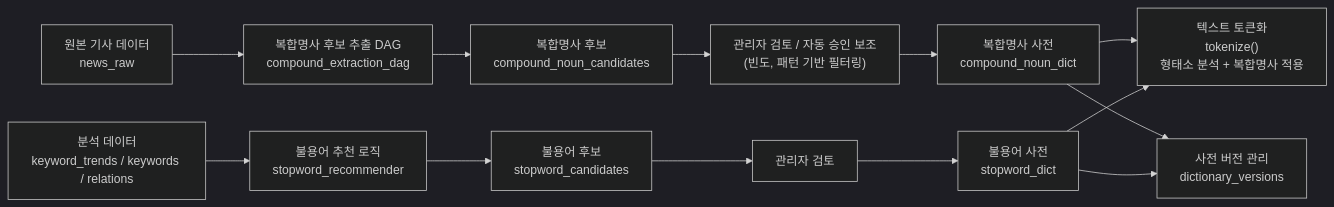
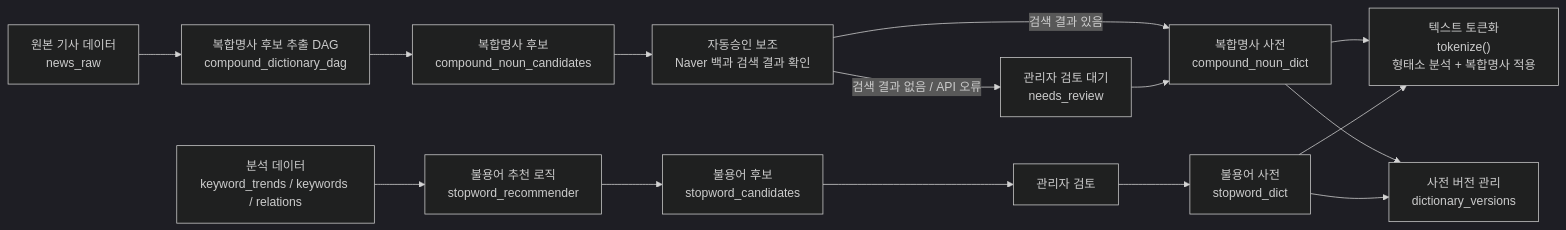
One commit to yeongmin-yu/news-trend-pipeline-dev changed the diagram in docs/design/STEP2-3_DICTIONARY.md. Above: the diagram before and after it, drawn with Mermaid (dark theme). The commit also changed other lines of this file, not shown here.

Commit message:
docs: clarify compound auto approval assist criteria

````diff
--- a/docs/design/STEP2-3_DICTIONARY.md
+++ b/docs/design/STEP2-3_DICTIONARY.md
@@ -25,24 +25,26 @@
 ```mermaid
 flowchart LR
     %% 기존 사전 → 전처리
     A["복합명사 사전<br/>compound_noun_dict"] --> B["텍스트 토큰화<br/>tokenize()<br/>형태소 분석 + 복합명사 적용"]
     C["불용어 사전<br/>stopword_dict"] --> B
 
     %% 기사 기반 후보 생성
-    D["원본 기사 데이터<br/>news_raw"] --> E["복합명사 후보 추출 DAG<br/>compound_extraction_dag"]
+    D["원본 기사 데이터<br/>news_raw"] --> E["복합명사 후보 추출 DAG<br/>compound_dictionary_dag"]
     E --> F["복합명사 후보<br/>compound_noun_candidates"]
 
     %% 후보 검토 → 사전 반영
-    F --> G["관리자 검토 / 자동 승인 보조<br/>(빈도, 패턴 기반 필터링)"]
-    G --> A
+    F --> G["자동승인 보조<br/>Naver 백과 검색 결과 확인"]
+    G -->|"검색 결과 있음"| A
+    G -->|"검색 결과 없음 / API 오류"| H["관리자 검토 대기<br/>needs_review"]
+    H --> A
 
     %% 불용어 추천 흐름
-    H["분석 데이터<br/>keyword_trends / keywords / relations"] --> I["불용어 추천 로직<br/>stopword_recommender"]
-    I --> J["불용어 후보<br/>stopword_candidates"]
-    J --> K["관리자 검토"]
-    K --> C
+    I["분석 데이터<br/>keyword_trends / keywords / relations"] --> J["불용어 추천 로직<br/>stopword_recommender"]
+    J --> K["불용어 후보<br/>stopword_candidates"]
+    K --> L["관리자 검토"]
+    L --> C
 
     %% 사전 버전 관리
-    A --> L["사전 버전 관리<br/>dictionary_versions"]
-    C --> L
+    A --> M["사전 버전 관리<br/>dictionary_versions"]
+    C --> M
 ```
````
